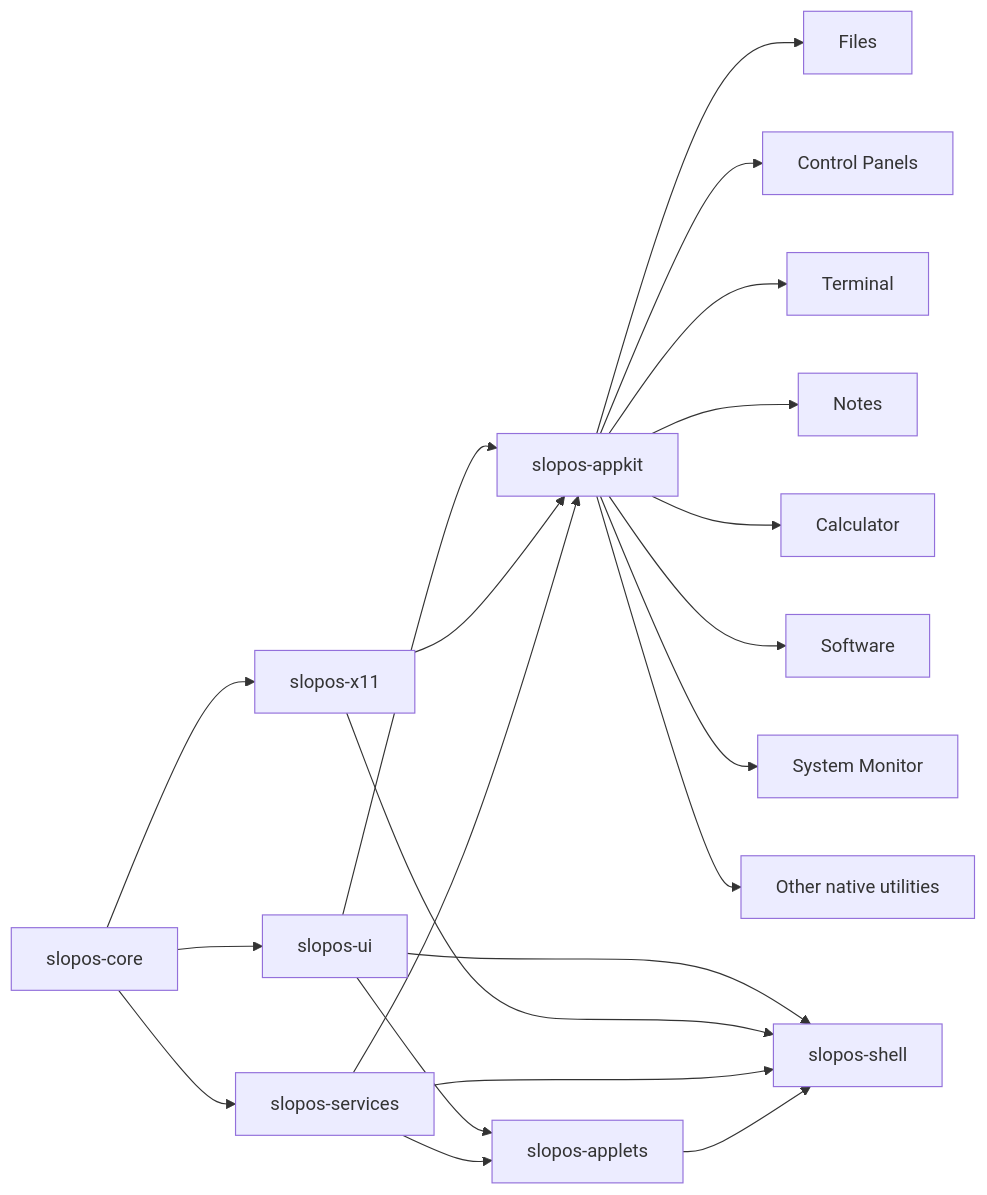
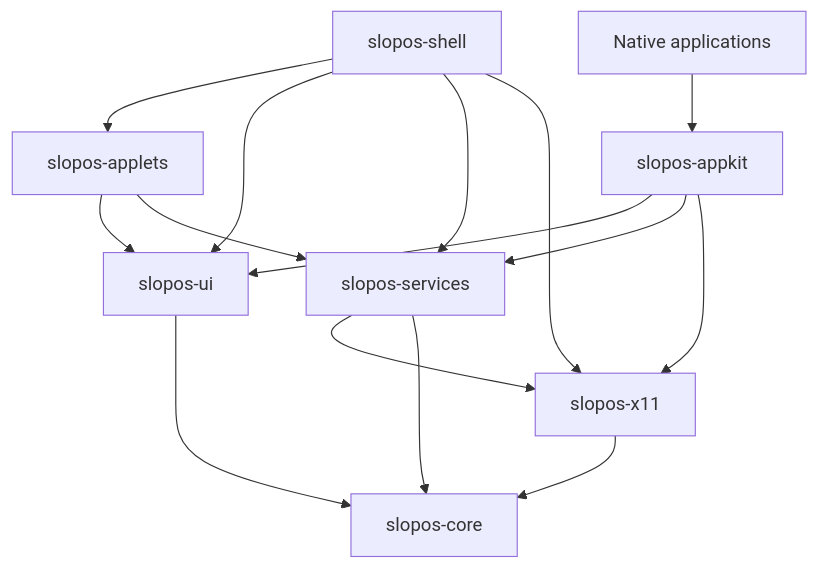
One commit to palaashatri/rust-slopos changed the first of 4 diagrams in AGENTS.md. Above: the diagram before and after it, drawn with Mermaid. The commit also changed other lines of this file, not shown here.

Commit message:
docs: audit SLOPOS contract for parallel VM implementation

````diff
--- a/AGENTS.md
+++ b/AGENTS.md
@@ -385,27 +413,17 @@
-~~~mermaid
-flowchart LR
-    CORE[slopos-core] --> UI[slopos-ui]
-    CORE --> X11[slopos-x11]
-    CORE --> SERVICES[slopos-services]
-
-    UI --> APPKIT[slopos-appkit]
-    X11 --> APPKIT
-    SERVICES --> APPKIT
-
-    UI --> APPLETS[slopos-applets]
-    SERVICES --> APPLETS
-
-    APPKIT --> FILES[Files]
-    APPKIT --> SETTINGS[Control Panels]
-    APPKIT --> TERMINAL[Terminal]
-    APPKIT --> NOTES[Notes]
-    APPKIT --> CALC[Calculator]
-    APPKIT --> SOFTWARE[Software]
-    APPKIT --> MONITOR[System Monitor]
-    APPKIT --> UTIL[Other native utilities]
-
-    UI --> SHELL[slopos-shell]
-    X11 --> SHELL
-    SERVICES --> SHELL
-    APPLETS --> SHELL
-~~~
+```mermaid
+flowchart TD
+    APPS["Native applications"] --> APPKIT["slopos-appkit"]
+    SHELL["slopos-shell"] --> APPLETS["slopos-applets"]
+    SHELL --> UI["slopos-ui"]
+    SHELL --> SERVICES["slopos-services"]
+    SHELL --> X11["slopos-x11"]
+    APPLETS --> UI
+    APPLETS --> SERVICES
+    APPKIT --> UI
+    APPKIT --> SERVICES
+    APPKIT --> X11
+    SERVICES --> X11
+    UI --> CORE["slopos-core"]
+    X11 --> CORE
+    SERVICES --> CORE
+```
````
